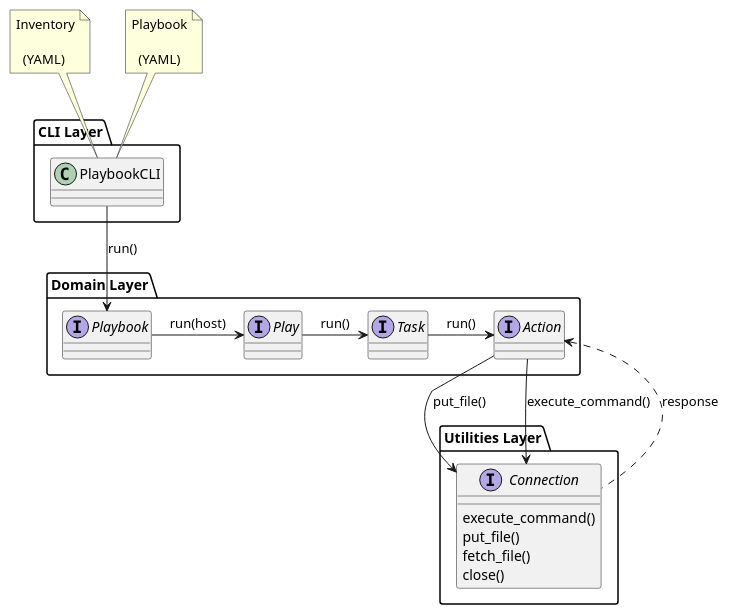
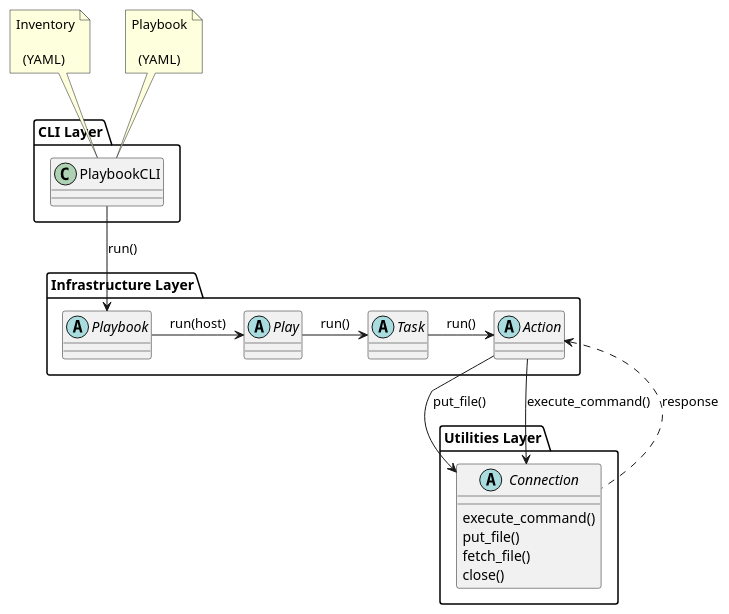
Before and after one commit to ezequiels/nazz: the diagram in project/uml/engineFuncRevisedSimple.puml, drawn with PlantUML. The commit also changed 2 other files, not shown here.

Commit message:
Transparency and interface->abstract

```diff
--- a/project/uml/engineFuncRevisedSimple.puml
+++ b/project/uml/engineFuncRevisedSimple.puml
@@ -1,52 +1,53 @@
 @startuml
 
+skinparam backgroundcolor transparent
 
 package "Utilities Layer" {
 
-    interface Connection
+    abstract Connection
     Connection : execute_command()
     Connection : put_file()
     Connection : fetch_file()
     Connection : close()
 }
 
 Package "CLI Layer" {
     class PlaybookCLI
 }
 
 note as n1
 Inventory
 
   (YAML)
 end note
 
 n1..> PlaybookCLI
 
 note as n2
 Playbook
 
   (YAML)
 end note
 
 n2..> PlaybookCLI
 
 
-Package "Domain Layer"{
+Package "Infrastructure Layer"{
 
-    interface Playbook
+    abstract Playbook
     Playbook -> Play : run(host)
     PlaybookCLI --> Playbook : run()
 
-    interface Play
+    abstract Play
     Play -> Task : run()
 
-    interface Task
+    abstract Task
     Task -> Action : run()
 
-    interface Action
+    abstract Action
     Action --> Connection : put_file()
     Action --> Connection : execute_command()
     Action <.. Connection : response
 }
 
 @enduml
```
